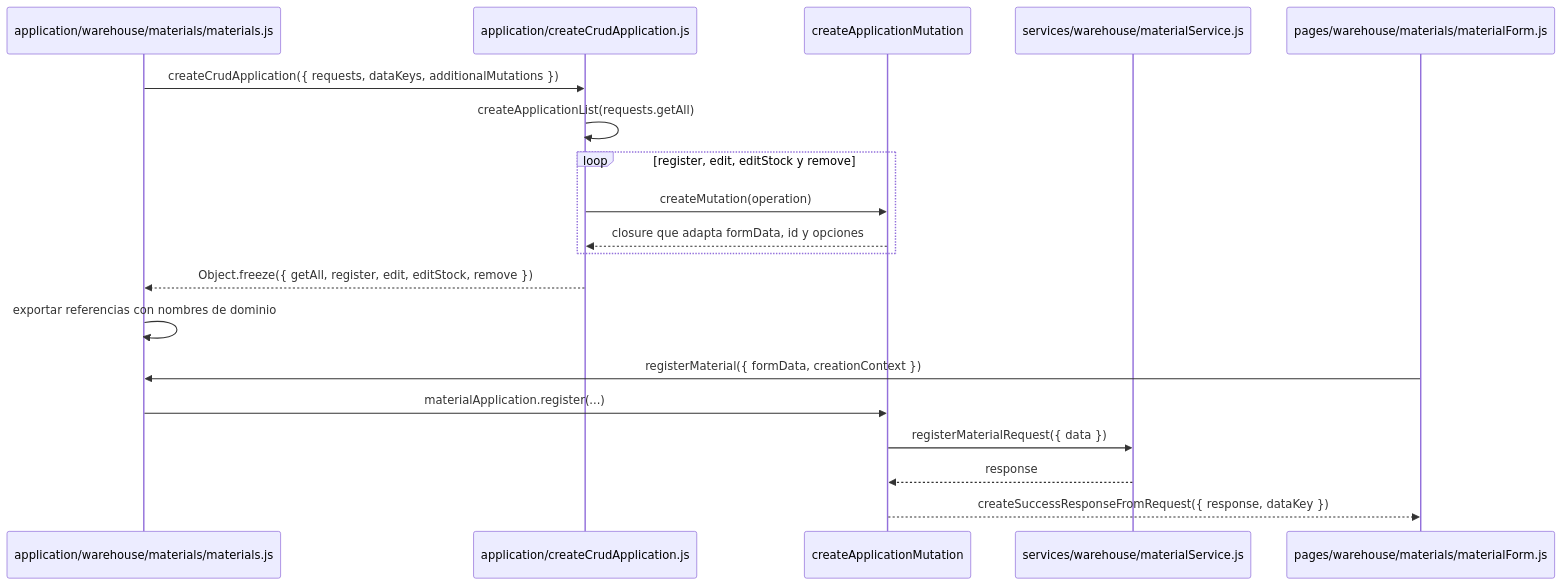
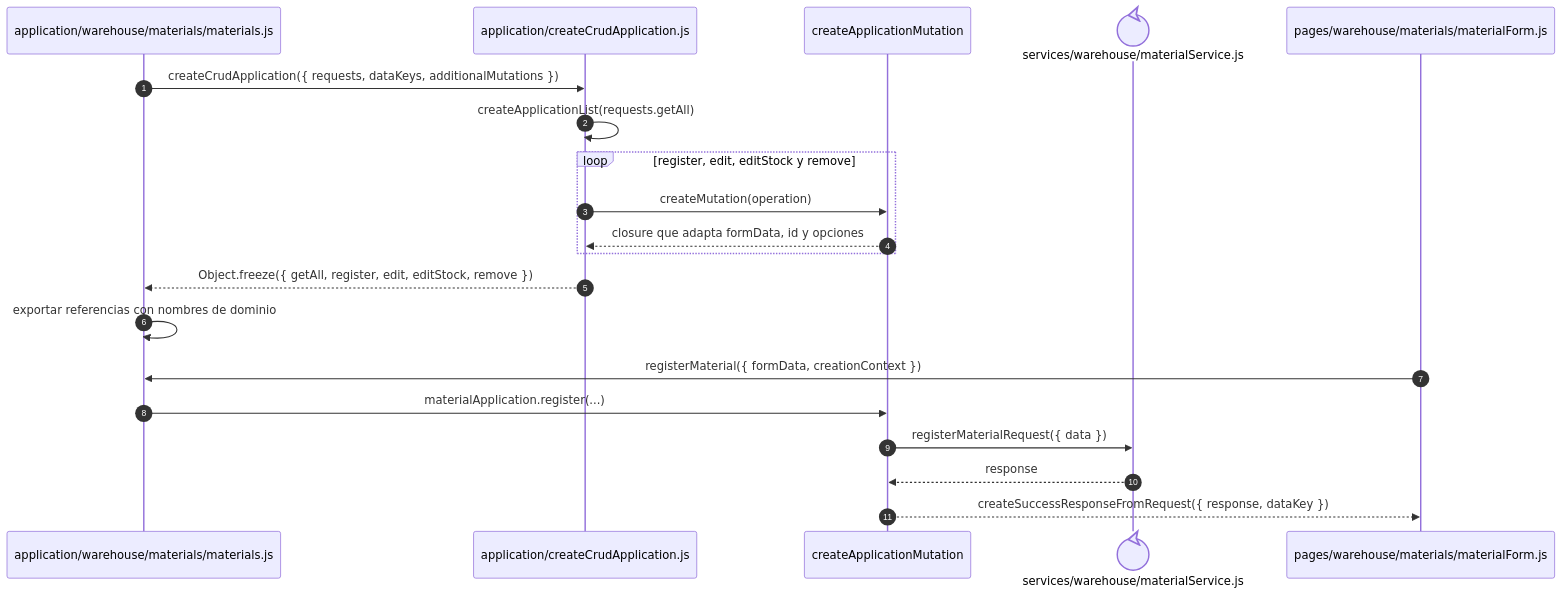
Before and after one commit to gpgsistemas01/nexus: the third of 5 diagrams in docs/architecture/views/development/design-and-construction-patterns/04-catalog-visual-of-patterns-applied.md, drawn with Mermaid. The commit also changed other lines of this file and 198 other files, not shown here.

Commit message:
docs: mejorar notación UML y distribución de diagramas Mermaid

````diff
--- a/docs/architecture/views/development/design-and-construction-patterns/04-catalog-visual-of-patterns-applied.md
+++ b/docs/architecture/views/development/design-and-construction-patterns/04-catalog-visual-of-patterns-applied.md
@@ -93,22 +112,23 @@
 ```mermaid
 sequenceDiagram
+    autonumber
     participant Module as application/warehouse/materials/materials.js
     participant Factory as application/createCrudApplication.js
     participant Mutation as createApplicationMutation
-    participant Request as services/warehouse/materialService.js
+    participant Request@{ "type": "control" } as services/warehouse/materialService.js
     participant Page as pages/warehouse/materials/materialForm.js
 
     Module->>Factory: createCrudApplication({ requests, dataKeys, additionalMutations })
     Factory->>Factory: createApplicationList(requests.getAll)
     loop register, edit, editStock y remove
         Factory->>Mutation: createMutation(operation)
         Mutation-->>Factory: closure que adapta formData, id y opciones
     end
     Factory-->>Module: Object.freeze({ getAll, register, edit, editStock, remove })
     Module->>Module: exportar referencias con nombres de dominio
     Page->>Module: registerMaterial({ formData, creationContext })
     Module->>Mutation: materialApplication.register(...)
     Mutation->>Request: registerMaterialRequest({ data })
     Request-->>Mutation: response
     Mutation-->>Page: createSuccessResponseFromRequest({ response, dataKey })
 ```
````
